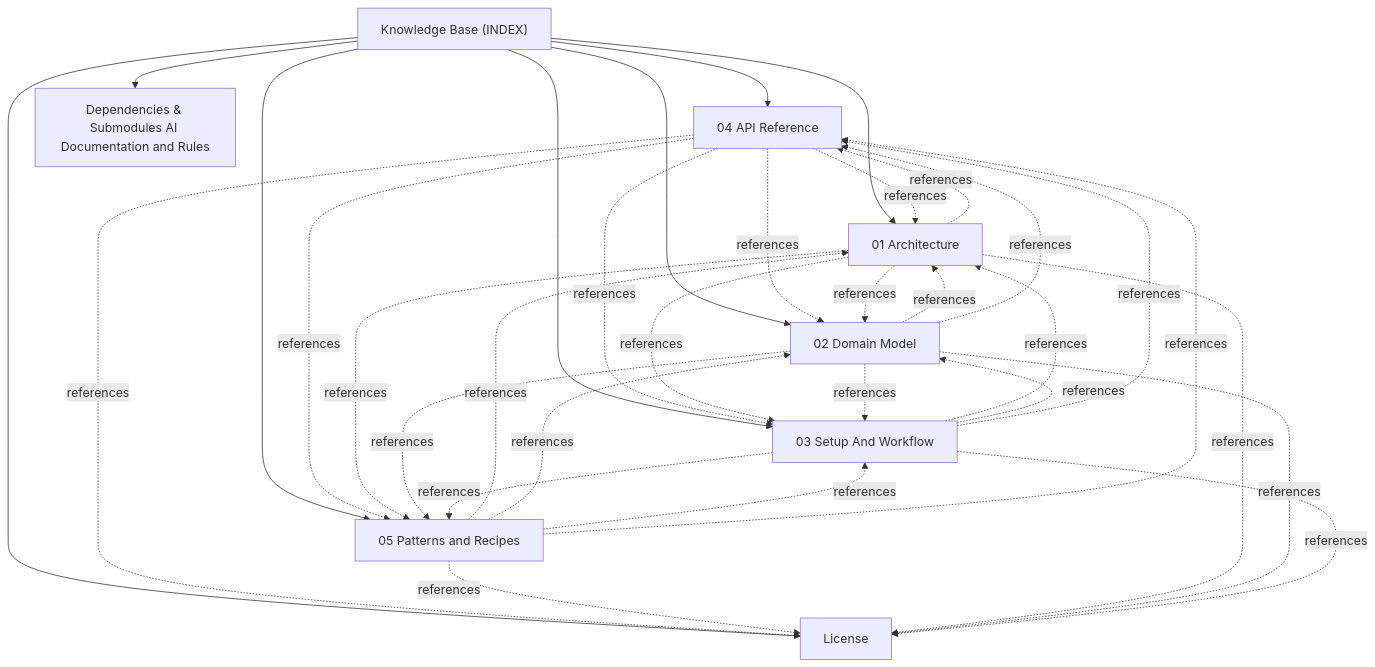
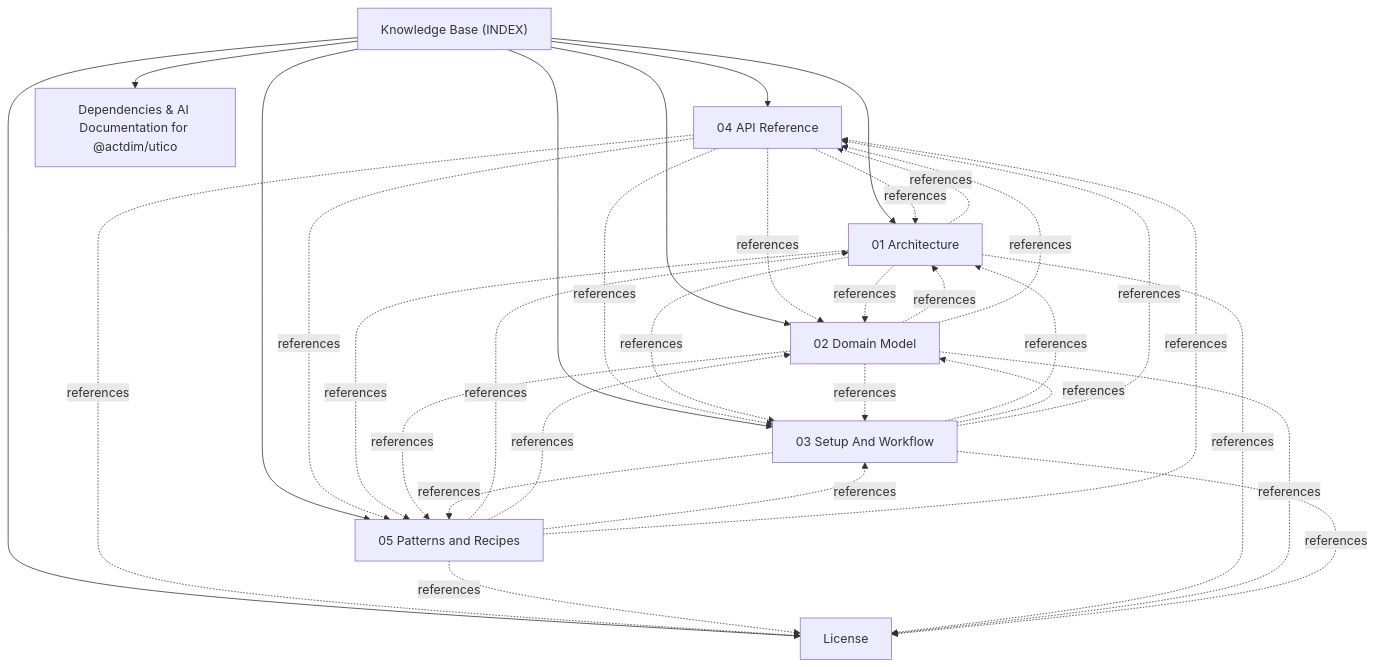
The diagram in docs/INDEX.md (actdim/utico), drawn with Mermaid before and after one commit. The commit also changed other lines of this file and 3 other files, not shown here.

````diff
--- a/docs/INDEX.md
+++ b/docs/INDEX.md
@@ -17,43 +17,43 @@
 ```mermaid
 flowchart TD
     INDEX["Knowledge Base (INDEX)"]
     T_04_API_REFERENCE["04 API Reference"]
     INDEX --> T_04_API_REFERENCE
     T_05_PATTERNS_AND_RECIPES["05 Patterns and Recipes"]
     INDEX --> T_05_PATTERNS_AND_RECIPES
     T_ARCHITECTURE["01 Architecture"]
     INDEX --> T_ARCHITECTURE
-    T_DEPENDENCIES["Dependencies & Submodules AI Documentation and Rules"]
+    T_DEPENDENCIES["Dependencies & AI Documentation for @actdim/utico"]
     INDEX --> T_DEPENDENCIES
     T_DOMAIN_MODEL["02 Domain Model"]
     INDEX --> T_DOMAIN_MODEL
     T_LICENSE["License"]
     INDEX --> T_LICENSE
     T_SETUP_AND_WORKFLOW["03 Setup And Workflow"]
     INDEX --> T_SETUP_AND_WORKFLOW
     T_04_API_REFERENCE -.->|references| T_ARCHITECTURE
     T_04_API_REFERENCE -.->|references| T_DOMAIN_MODEL
     T_04_API_REFERENCE -.->|references| T_SETUP_AND_WORKFLOW
     T_04_API_REFERENCE -.->|references| T_05_PATTERNS_AND_RECIPES
     T_04_API_REFERENCE -.->|references| T_LICENSE
     T_05_PATTERNS_AND_RECIPES -.->|references| T_ARCHITECTURE
     T_05_PATTERNS_AND_RECIPES -.->|references| T_DOMAIN_MODEL
     T_05_PATTERNS_AND_RECIPES -.->|references| T_SETUP_AND_WORKFLOW
     T_05_PATTERNS_AND_RECIPES -.->|references| T_04_API_REFERENCE
     T_05_PATTERNS_AND_RECIPES -.->|references| T_LICENSE
     T_ARCHITECTURE -.->|references| T_DOMAIN_MODEL
     T_ARCHITECTURE -.->|references| T_SETUP_AND_WORKFLOW
     T_ARCHITECTURE -.->|references| T_04_API_REFERENCE
     T_ARCHITECTURE -.->|references| T_05_PATTERNS_AND_RECIPES
     T_ARCHITECTURE -.->|references| T_LICENSE
     T_DOMAIN_MODEL -.->|references| T_ARCHITECTURE
     T_DOMAIN_MODEL -.->|references| T_SETUP_AND_WORKFLOW
     T_DOMAIN_MODEL -.->|references| T_04_API_REFERENCE
     T_DOMAIN_MODEL -.->|references| T_05_PATTERNS_AND_RECIPES
     T_DOMAIN_MODEL -.->|references| T_LICENSE
     T_SETUP_AND_WORKFLOW -.->|references| T_ARCHITECTURE
     T_SETUP_AND_WORKFLOW -.->|references| T_DOMAIN_MODEL
     T_SETUP_AND_WORKFLOW -.->|references| T_04_API_REFERENCE
     T_SETUP_AND_WORKFLOW -.->|references| T_05_PATTERNS_AND_RECIPES
     T_SETUP_AND_WORKFLOW -.->|references| T_LICENSE
 ```
````
